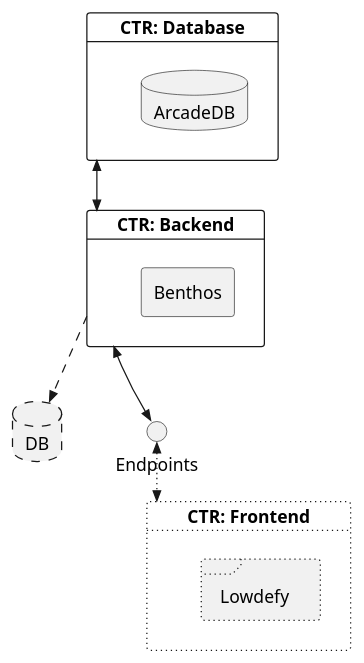
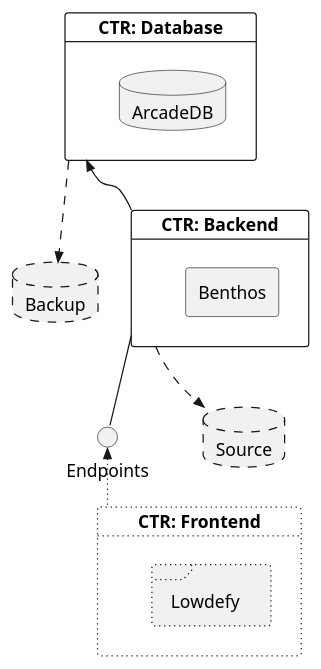
The diagram in docs/uml/inside-view.puml (ulbmuenster/dataasee), drawn with PlantUML before and after one commit. The commit also changed 142 other files, not shown here.

```diff
--- a/docs/uml/inside-view.puml
+++ b/docs/uml/inside-view.puml
@@ -1,24 +1,27 @@
 @startuml inside
-
-database src as "DB" #line.dashed;
 
 card ctr_db as "CTR: Database" {
     database db as "ArcadeDB"
 }
 
 card ctr_be as "CTR: Backend" {
     agent be as "Benthos"
 }
 
 circle http as "Endpoints"
 
 card ctr_fe as "CTR: Frontend" #line.dotted; {
     frame fe as "Lowdefy" #line.dotted;
 }
 
+database dst as "Backup" #line.dashed;
+
+database src as "Source" #line.dashed;
+
+ctr_db -[dashed]->> dst
 ctr_be -[dashed]->> src 
-ctr_db <<-->> ctr_be
-ctr_be <<-->> http
-http <<-[dotted]->> ctr_fe
+ctr_db <<-- ctr_be
+ctr_be -- http
+http <<-[dotted]- ctr_fe
 
 @enduml
```
